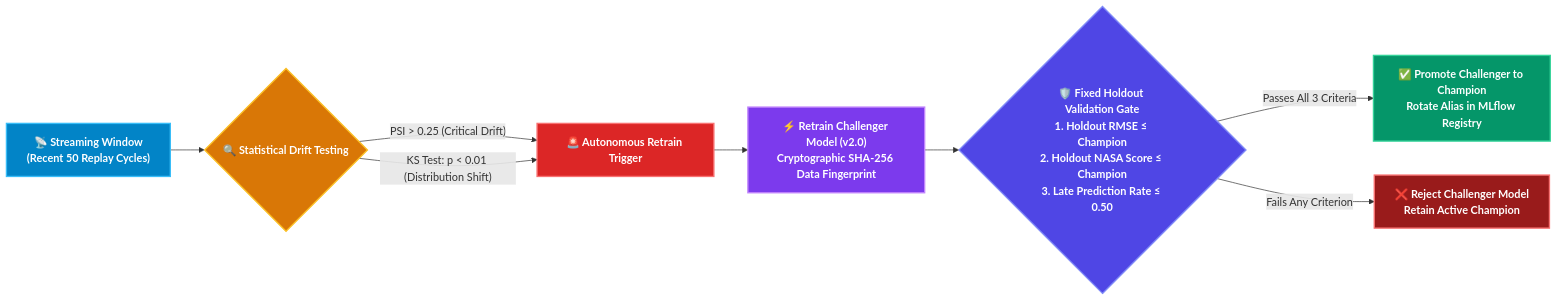
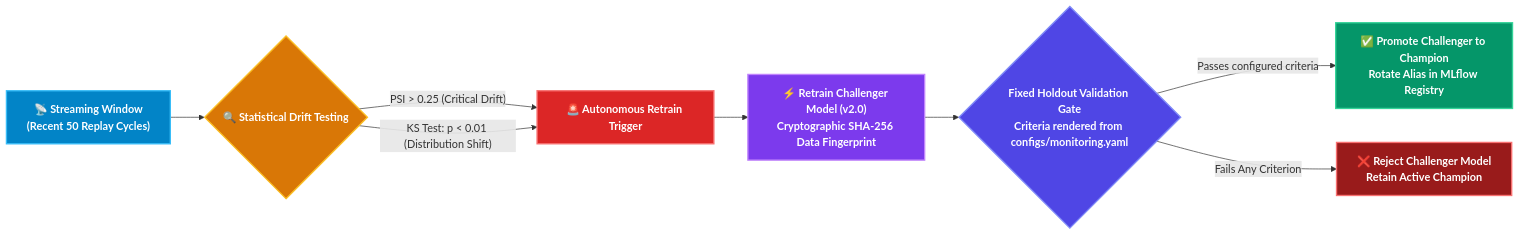
The fifth of 5 diagrams in README.md (8ernity/AETURNUS), drawn with Mermaid before and after one commit. The commit also changed other lines of this file and 63 other files, not shown here.

````diff
--- a/README.md
+++ b/README.md
@@ -321,23 +331,23 @@
 ```mermaid
 flowchart LR
     %% Vibrant MLOps Styles
     classDef streamStyle fill:#0284C7,stroke:#38BDF8,stroke-width:2px,color:#FFFFFF,font-weight:bold
     classDef testStyle fill:#D97706,stroke:#FBBF24,stroke-width:2px,color:#FFFFFF,font-weight:bold
     classDef triggerStyle fill:#DC2626,stroke:#F87171,stroke-width:2px,color:#FFFFFF,font-weight:bold
     classDef trainStyle fill:#7C3AED,stroke:#C084FC,stroke-width:2px,color:#FFFFFF,font-weight:bold
     classDef gateStyle fill:#4F46E5,stroke:#818CF8,stroke-width:2px,color:#FFFFFF,font-weight:bold
     classDef successStyle fill:#059669,stroke:#34D399,stroke-width:2px,color:#FFFFFF,font-weight:bold
     classDef rejectStyle fill:#991B1B,stroke:#F87171,stroke-width:2px,color:#FFFFFF,font-weight:bold
 
     Stream["📡 Streaming Window<br/>(Recent 50 Replay Cycles)"]:::streamStyle --> DriftCheck{"🔍 Statistical Drift Testing"}:::testStyle
     
     DriftCheck -->|"PSI > 0.25 (Critical Drift)"| Trigger["🚨 Autonomous Retrain Trigger"]:::triggerStyle
     DriftCheck -->|"KS Test: p < 0.01 (Distribution Shift)"| Trigger
 
     Trigger --> Train["⚡ Retrain Challenger Model (v2.0)<br/>Cryptographic SHA-256 Data Fingerprint"]:::trainStyle
     
-    Train --> Gate{"🛡️ Fixed Holdout Validation Gate<br/>1. Holdout RMSE &le; Champion<br/>2. Holdout NASA Score &le; Champion<br/>3. Late Prediction Rate &le; 0.50"}:::gateStyle
+    Train --> Gate{"Fixed Holdout Validation Gate<br/>Criteria rendered from configs/monitoring.yaml"}:::gateStyle
 
-    Gate -->|"Passes All 3 Criteria"| Promote["✅ Promote Challenger to Champion<br/>Rotate Alias in MLflow Registry"]:::successStyle
+    Gate -->|"Passes configured criteria"| Promote["✅ Promote Challenger to Champion<br/>Rotate Alias in MLflow Registry"]:::successStyle
     Gate -->|"Fails Any Criterion"| Reject["❌ Reject Challenger Model<br/>Retain Active Champion"]:::rejectStyle
 ```
````
